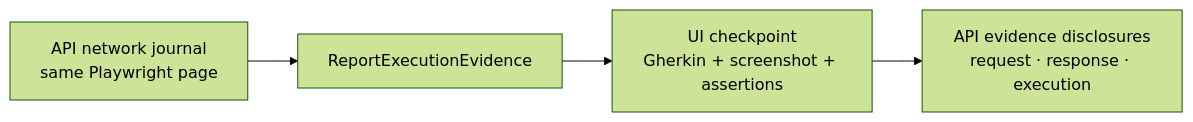
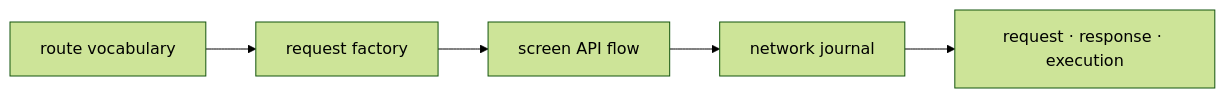
The sixth of 8 diagrams in atf-test-practice-shop/README.md (crististefanita/demo2), drawn with Mermaid (forest theme) before and after one commit. The commit also changed other lines of this file and 132 other files, not shown here.

````diff
--- a/atf-test-practice-shop/README.md
+++ b/atf-test-practice-shop/README.md
@@ -586,7 +309,7 @@
 ```mermaid
 flowchart LR
-    Journal[API network journal<br/>same Playwright page]
-      --> Evidence[ReportExecutionEvidence]
-    Evidence --> Checkpoint[UI checkpoint<br/>Gherkin + screenshot + assertions]
-    Checkpoint --> Disclosures[API evidence disclosures<br/>request · response · execution]
+    Routes["route vocabulary"] --> Factory["request factory"]
+    Factory --> ScreenFlow["screen API flow"]
+    ScreenFlow --> Journal["network journal"]
+    Journal --> Evidence["request · response · execution"]
 ```
````
